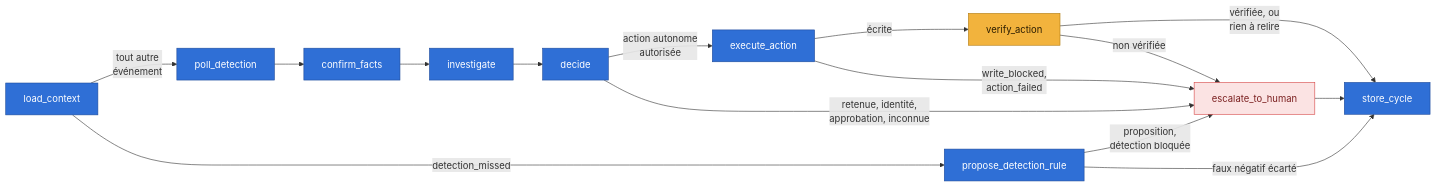
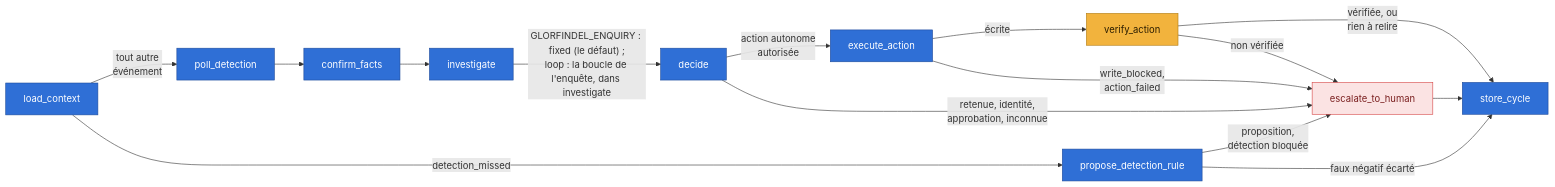
One commit to grootcyber/eregion changed the fourth of 13 diagrams in docs/architecture.md. Above: the diagram before and after it, drawn with Mermaid. The commit also changed other lines of this file and 40 other files, not shown here.

First line of the commit message:
feat(glorfindel): l'enquête en production, derrière GLORFINDEL_ENQUIRY (fixed par défaut) (ENQ5b, Ferme #1284) (#1287)

````diff
--- a/docs/architecture.md
+++ b/docs/architecture.md
@@ -191,23 +191,23 @@
 ```mermaid
 flowchart LR
     LC["load_context"] -->|"tout autre<br/>événement"| PD["poll_detection"]
     LC -->|"detection_missed"| PDR["propose_detection_rule"]
     PD --> CF["confirm_facts"]
     CF --> INV["investigate"]
-    INV --> DEC["decide"]
+    INV -->|"GLORFINDEL_ENQUIRY : fixed (le défaut) ;<br/>loop : la boucle de l'enquête, dans investigate"| DEC["decide"]
     DEC -->|"action autonome<br/>autorisée"| EX["execute_action"]
     DEC -->|"retenue, identité,<br/>approbation, inconnue"| ESC["escalate_to_human"]
     EX -->|"écrite"| VA["verify_action"]
     EX -->|"write_blocked,<br/>action_failed"| ESC
     VA -->|"vérifiée, ou<br/>rien à relire"| SC["store_cycle"]
     VA -->|"non vérifiée"| ESC
     PDR -->|"proposition,<br/>détection bloquée"| ESC
     PDR -->|"faux négatif écarté"| SC
     ESC --> SC
     classDef blue fill:#2f6fd6,stroke:#1d4a9a,color:#ffffff
     classDef guard fill:#f2b33d,stroke:#b07a12,color:#2b1d00
     classDef warn fill:#fbe3e3,stroke:#d64545,color:#7a1f1f
     class LC,PD,CF,INV,DEC,EX,SC,PDR blue
     class VA guard
     class ESC warn
 ```
````
